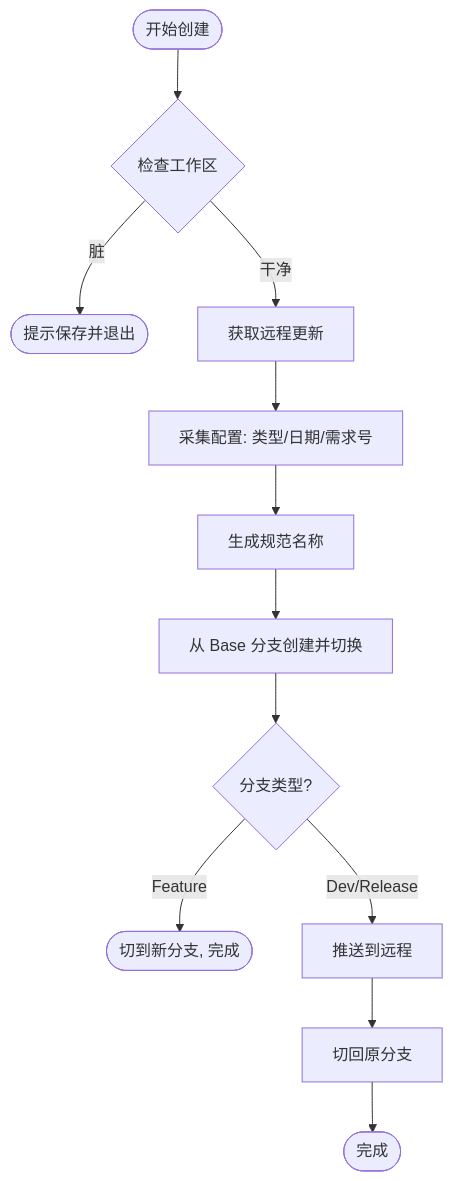
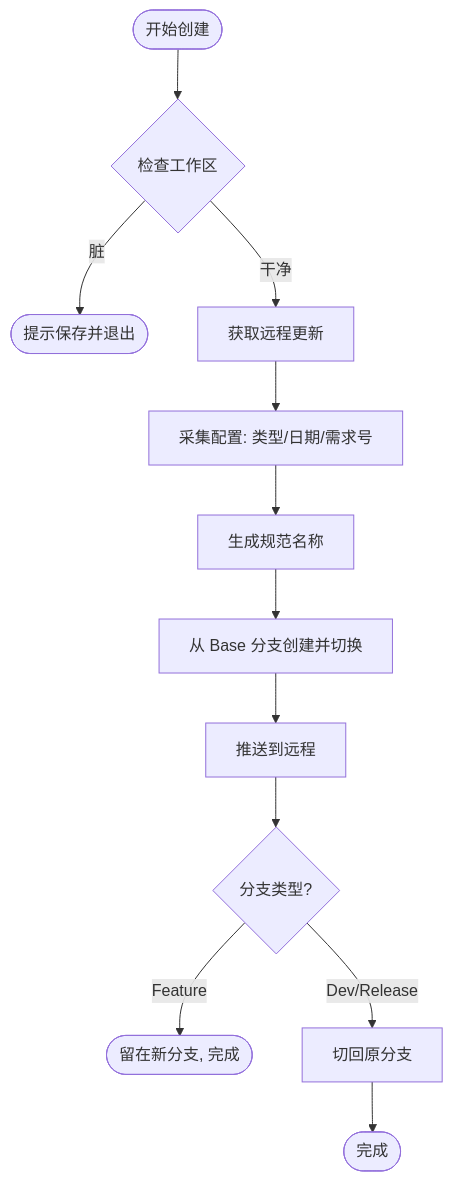
One commit to wangkaiwd/auto-git-flow changed the first of 2 diagrams in README.md. Above: the diagram before and after it, drawn with Mermaid. The commit also changed other lines of this file, not shown here.

````diff
--- a/README.md
+++ b/README.md
@@ -85,15 +86,15 @@
 ```mermaid
 graph TD
     Start([开始创建]) --> CheckClean{检查工作区}
     CheckClean -- 脏 --> Error([提示保存并退出])
     CheckClean -- 干净 --> Fetch[获取远程更新]
     Fetch --> Config[采集配置: 类型/日期/需求号]
     Config --> Name[生成规范名称]
     Name --> Checkout[从 Base 分支创建并切换]
-    Checkout --> TypeCheck{分支类型?}
+    Checkout --> Push[推送到远程]
+    Push --> TypeCheck{分支类型?}
 
-    TypeCheck -- Feature --> DoneFeature([切到新分支, 完成])
-    TypeCheck -- Dev/Release --> Push[推送到远程]
-    Push --> Back[切回原分支]
+    TypeCheck -- Feature --> DoneFeature([留在新分支, 完成])
+    TypeCheck -- Dev/Release --> Back[切回原分支]
     Back --> DoneOther([完成])
 ```
````
